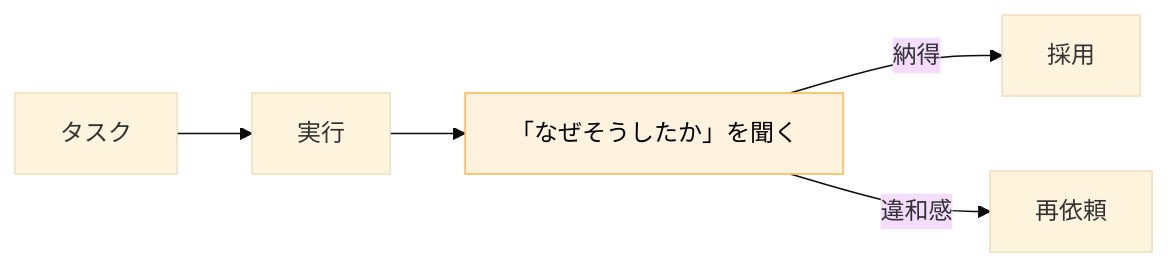
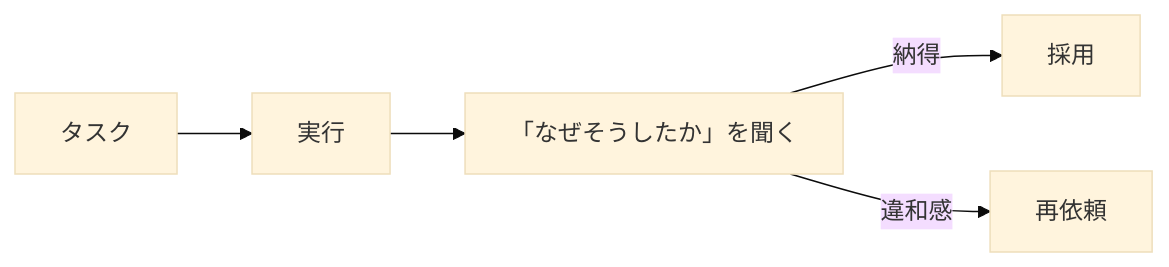
Before and after one commit to dinekt/dinekt-wiki: the second of 2 diagrams in docs/techniques/claude-code-を日々使い倒す-10-の小技.md, drawn with Mermaid (base theme). The commit also changed 70 other files, not shown here.

First line of the commit message:
fix(mermaid): strip all inline styling, rely on theme

````diff
--- a/docs/techniques/claude-code-を日々使い倒す-10-の小技.md
+++ b/docs/techniques/claude-code-を日々使い倒す-10-の小技.md
@@ -92,9 +92,8 @@
 ```mermaid
 flowchart LR
     T[タスク] --> A[実行]
     A --> E[「なぜそうしたか」を聞く]
     E -->|納得| OK[採用]
     E -->|違和感| F[再依頼]
 
-    style E fill:#fff3e0,stroke:#ffb74d,color:#000
 ```
````
